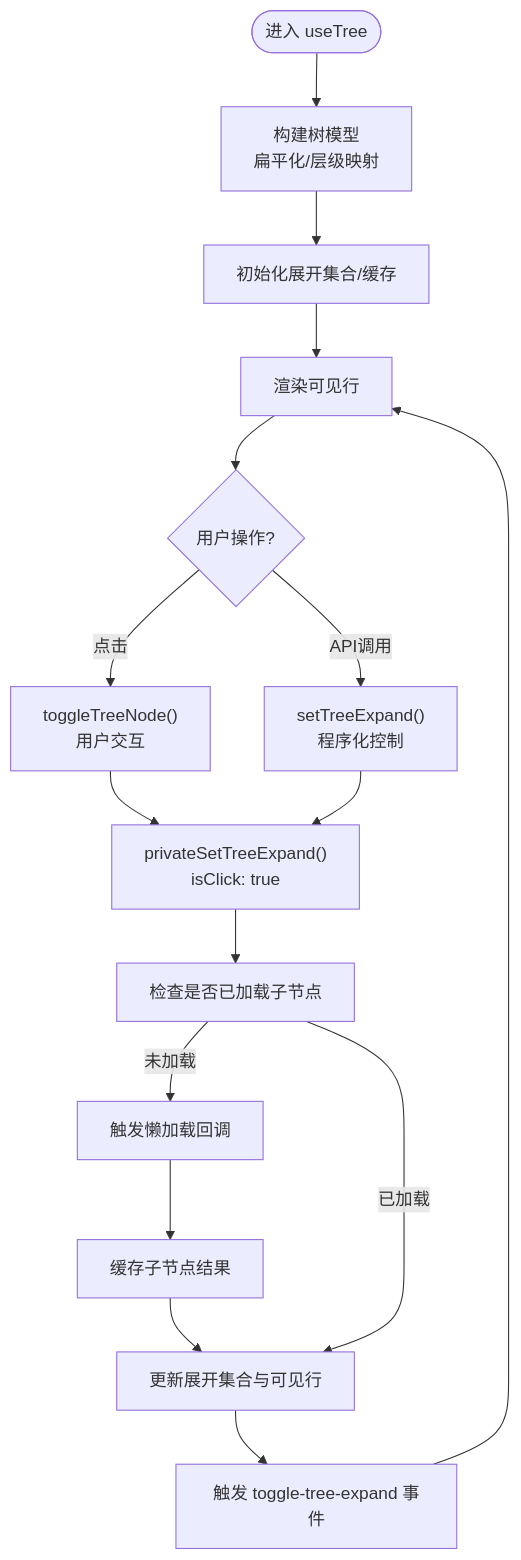
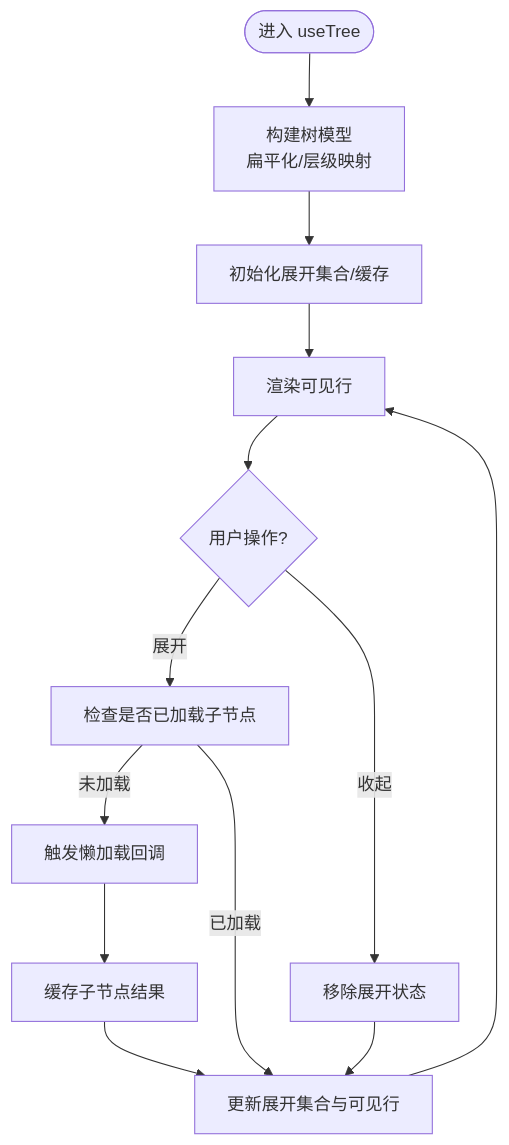
Before and after one commit to ja-plus/stk-table-vue: the third of 6 diagrams in .qoder/repowiki/zh/content/高级功能/树形数据.md, drawn with Mermaid. The commit also changed other lines of this file and 47 other files, not shown here.

````diff
--- a/.qoder/repowiki/zh/content/高级功能/树形数据.md
+++ b/.qoder/repowiki/zh/content/高级功能/树形数据.md
@@ -154,18 +149,15 @@
 ```mermaid
 flowchart TD
 Start(["进入 useTree"]) --> Build["构建树模型<br/>扁平化/层级映射"]
 Build --> InitState["初始化展开集合/缓存"]
 InitState --> Render["渲染可见行"]
 Render --> UserAction{"用户操作?"}
-UserAction --> |点击| Toggle["toggleTreeNode()<br/>用户交互"]
-UserAction --> |API调用| SetExpand["setTreeExpand()<br/>程序化控制"]
-Toggle --> PrivateExpand["privateSetTreeExpand()<br/>isClick: true"]
-SetExpand --> PrivateExpand
-PrivateExpand --> CheckLoad["检查是否已加载子节点"]
-CheckLoad --> |未加载| Load["触发懒加载回调"]
+UserAction --> |展开| Expand["检查是否已加载子节点"]
+Expand --> |未加载| Load["触发懒加载回调"]
 Load --> Cache["缓存子节点结果"]
 Cache --> Update["更新展开集合与可见行"]
-CheckLoad --> |已加载| Update
-Update --> EmitEvent["触发 toggle-tree-expand 事件"]
-EmitEvent --> Render
+Expand --> |已加载| Update
+UserAction --> |收起| Collapse["移除展开状态"]
+Collapse --> Update
+Update --> Render
 ```
````
